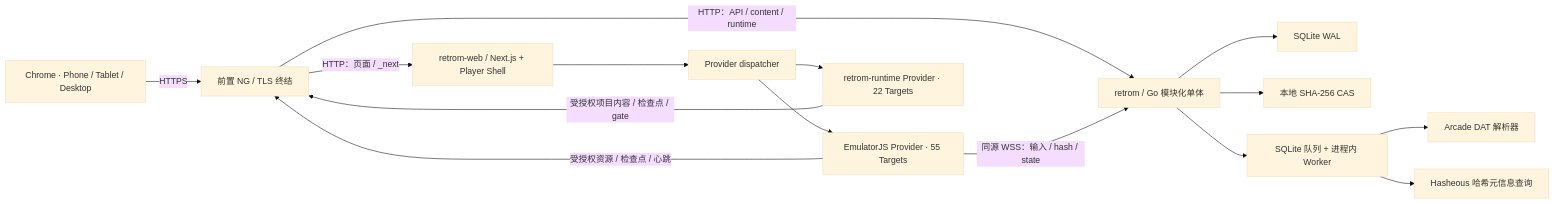
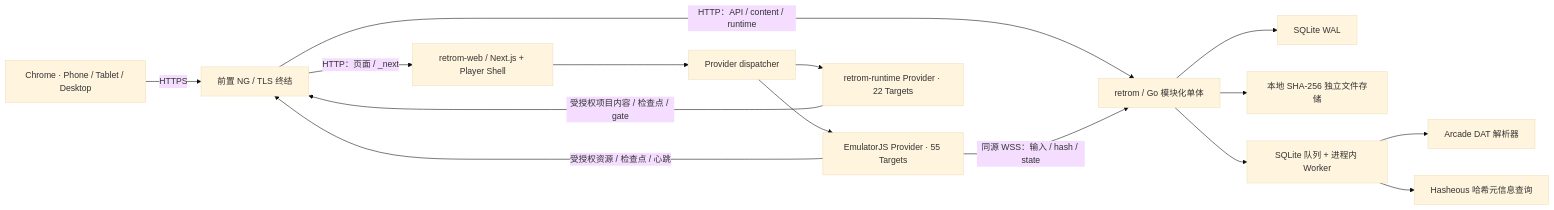
One commit to retrom-project/retrom changed the second of 4 diagrams in docs/retrom-product-architecture.md. Above: the diagram before and after it, drawn with Mermaid (base theme). The commit also changed other lines of this file and 729 other files, not shown here.

```diff
--- a/docs/retrom-product-architecture.md
+++ b/docs/retrom-product-architecture.md
@@ -203,17 +203,17 @@
 ~~~mermaid
 flowchart LR
     U["Chrome · Phone / Tablet / Desktop"] -->|HTTPS| N["前置 NG / TLS 终结"]
     N -->|HTTP：页面 / _next| W["retrom-web / Next.js + Player Shell"]
     N -->|HTTP：API / content / runtime| S["retrom / Go 模块化单体"]
     W --> PD["Provider dispatcher"]
     PD --> EP["EmulatorJS Provider · 55 Targets"]
     PD --> RP["retrom-runtime Provider · 22 Targets"]
     S --> D["SQLite WAL"]
-    S --> B["本地 SHA-256 CAS"]
+    S --> B["本地 SHA-256 独立文件存储"]
     S --> J["SQLite 队列 + 进程内 Worker"]
     J --> A["Arcade DAT 解析器"]
     J --> H["Hasheous 哈希元信息查询"]
     EP -->|受授权资源 / 检查点 / 心跳| N
     RP -->|受授权项目内容 / 检查点 / gate| N
     EP -->|同源 WSS：输入 / hash / state| S
 ~~~
```
